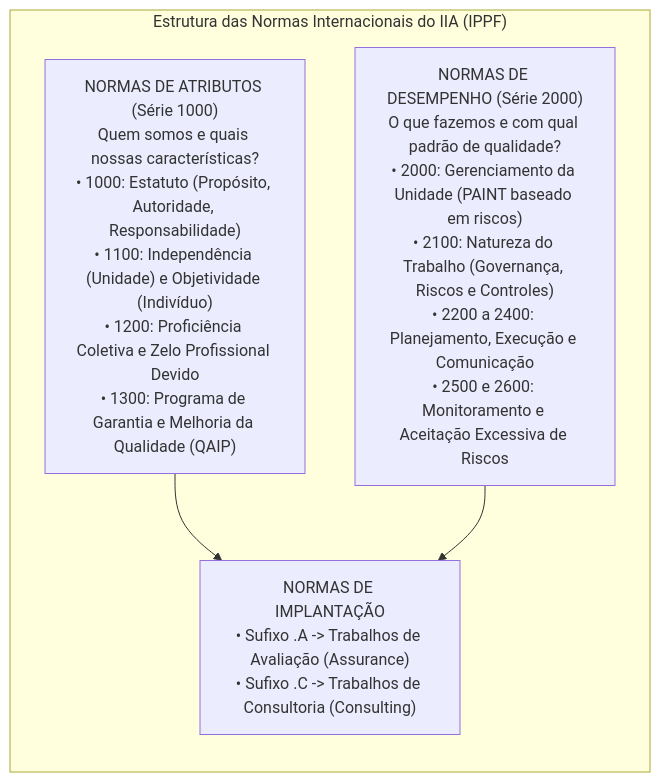
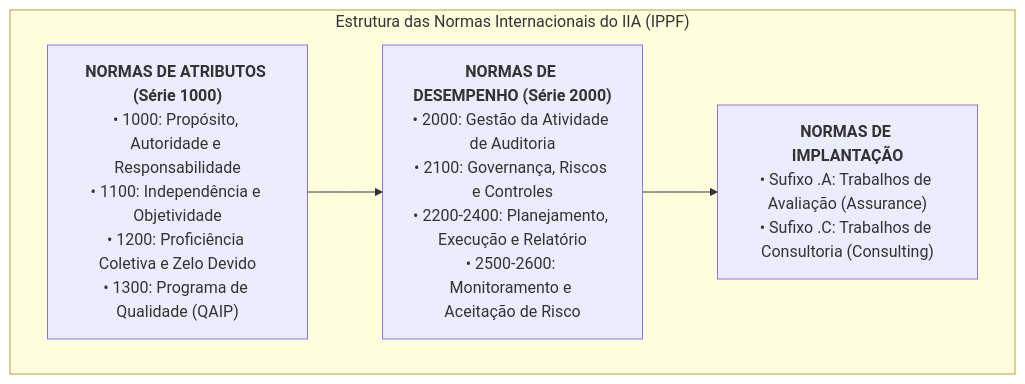
Before and after one commit to gilsonnogueira/OpenConcursos: the fifth of 5 diagrams in docs/19-auditoria/02-auditoria-interna-e-governanca/02-normas-profissionais-auditor-interno-nbc-pi-01.md, drawn with Mermaid. The commit also changed 17 other files, not shown here.

Commit message:
style(diagrams): verticaliza todos os diagramas Mermaid para legibilidade em painel vertical

````diff
--- a/docs/19-auditoria/02-auditoria-interna-e-governanca/02-normas-profissionais-auditor-interno-nbc-pi-01.md
+++ b/docs/19-auditoria/02-auditoria-interna-e-governanca/02-normas-profissionais-auditor-interno-nbc-pi-01.md
@@ -538,14 +538,13 @@
 ```mermaid
-flowchart LR
+flowchart TD
     subgraph NORMAS_IIA["Estrutura das Normas Internacionais do IIA (IPPF)"]
-        direction TB
-        S1000["NORMAS DE ATRIBUTOS (Série 1000)<br/>Quem somos e quais nossas características?<br/>• 1000: Estatuto (Propósito, Autoridade, Responsabilidade)<br/>• 1100: Independência (Unidade) e Objetividade (Indivíduo)<br/>• 1200: Proficiência Coletiva e Zelo Profissional Devido<br/>• 1300: Programa de Garantia e Melhoria da Qualidade (QAIP)"]
+        S1000["<b>NORMAS DE ATRIBUTOS (Série 1000)</b><br/>• 1000: Propósito, Autoridade e Responsabilidade<br/>• 1100: Independência e Objetividade<br/>• 1200: Proficiência Coletiva e Zelo Devido<br/>• 1300: Programa de Qualidade (QAIP)"]
         
-        S2000["NORMAS DE DESEMPENHO (Série 2000)<br/>O que fazemos e com qual padrão de qualidade?<br/>• 2000: Gerenciamento da Unidade (PAINT baseado em riscos)<br/>• 2100: Natureza do Trabalho (Governança, Riscos e Controles)<br/>• 2200 a 2400: Planejamento, Execução e Comunicação<br/>• 2500 e 2600: Monitoramento e Aceitação Excessiva de Riscos"]
+        S2000["<b>NORMAS DE DESEMPENHO (Série 2000)</b><br/>• 2000: Gestão da Atividade de Auditoria<br/>• 2100: Governança, Riscos e Controles<br/>• 2200-2400: Planejamento, Execução e Relatório<br/>• 2500-2600: Monitoramento e Aceitação de Risco"]
         
-        IMP["NORMAS DE IMPLANTAÇÃO<br/>• Sufixo .A -> Trabalhos de Avaliação (Assurance)<br/>• Sufixo .C -> Trabalhos de Consultoria (Consulting)"]
+        IMP["<b>NORMAS DE IMPLANTAÇÃO</b><br/>• Sufixo .A: Trabalhos de Avaliação (Assurance)<br/>• Sufixo .C: Trabalhos de Consultoria (Consulting)"]
         
-        S1000 --> IMP
+        S1000 --> S2000
         S2000 --> IMP
     end
 ```
````
